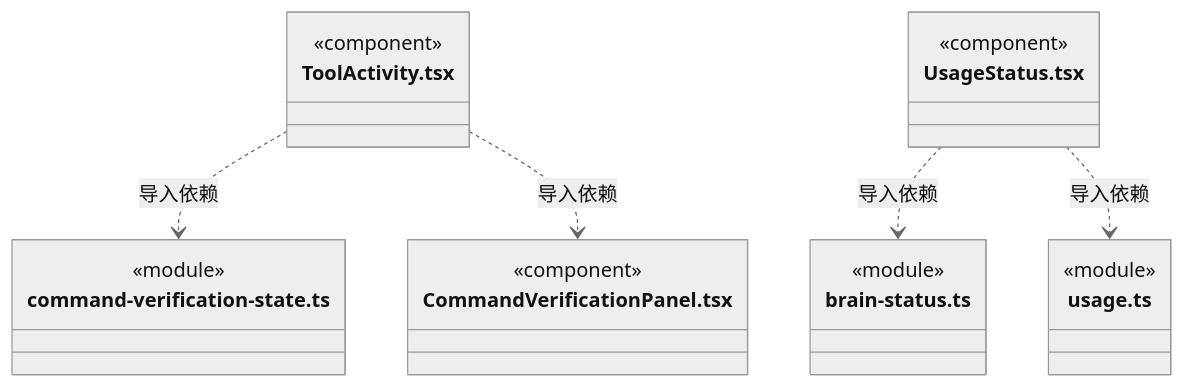
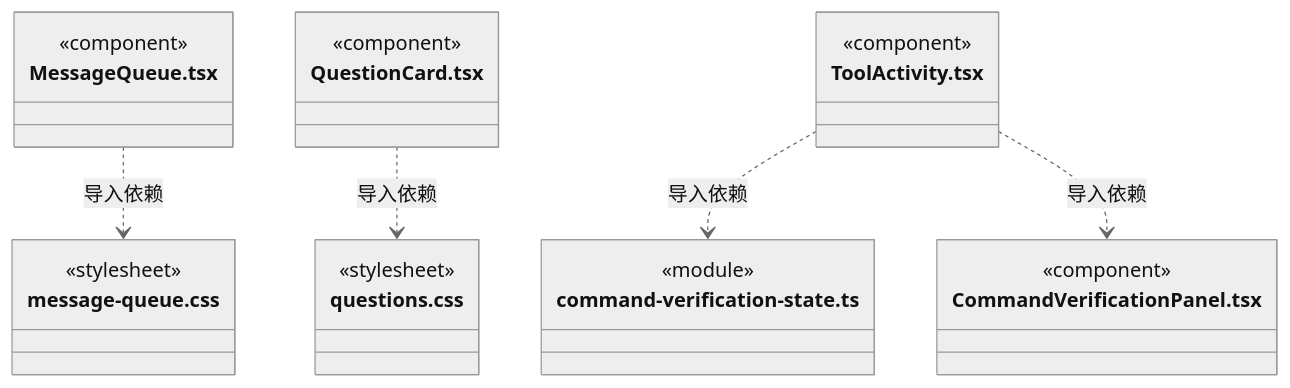
One commit to nan023062/cbim changed diagram 50 of 54 in src/frontend/conversation/ARCHITECTURE.md. Above: the diagram before and after it, drawn with Mermaid (neutral theme). The commit also changed other lines of this file and 23 other files, not shown here.

````diff
--- a/src/frontend/conversation/ARCHITECTURE.md
+++ b/src/frontend/conversation/ARCHITECTURE.md
@@ -735,25 +779,28 @@
 ```mermaid
 classDiagram
+class N_src_frontend_conversation_MessageQueue_tsx["MessageQueue.tsx"] {
+  <<component>>
+}
+class N_src_frontend_conversation_message_queue_css["message-queue.css"] {
+  <<stylesheet>>
+}
+class N_src_frontend_conversation_QuestionCard_tsx["QuestionCard.tsx"] {
+  <<component>>
+}
+class N_src_frontend_conversation_questions_css["questions.css"] {
+  <<stylesheet>>
+}
 class N_src_frontend_conversation_ToolActivity_tsx["ToolActivity.tsx"] {
   <<component>>
 }
 class N_src_frontend_conversation_command_verification_state_ts["command-verification-state.ts"] {
   <<module>>
 }
 class N_src_frontend_conversation_CommandVerificationPanel_tsx["CommandVerificationPanel.tsx"] {
   <<component>>
 }
-class N_src_frontend_conversation_UsageStatus_tsx["UsageStatus.tsx"] {
-  <<component>>
-}
-class N_src_frontend_conversation_brain_status_ts["brain-status.ts"] {
-  <<module>>
-}
-class N_src_frontend_conversation_usage_ts["usage.ts"] {
-  <<module>>
-}
+N_src_frontend_conversation_MessageQueue_tsx ..> N_src_frontend_conversation_message_queue_css : 导入依赖
+N_src_frontend_conversation_QuestionCard_tsx ..> N_src_frontend_conversation_questions_css : 导入依赖
 N_src_frontend_conversation_ToolActivity_tsx ..> N_src_frontend_conversation_command_verification_state_ts : 导入依赖
 N_src_frontend_conversation_ToolActivity_tsx ..> N_src_frontend_conversation_CommandVerificationPanel_tsx : 导入依赖
-N_src_frontend_conversation_UsageStatus_tsx ..> N_src_frontend_conversation_brain_status_ts : 导入依赖
-N_src_frontend_conversation_UsageStatus_tsx ..> N_src_frontend_conversation_usage_ts : 导入依赖
 ```
````
